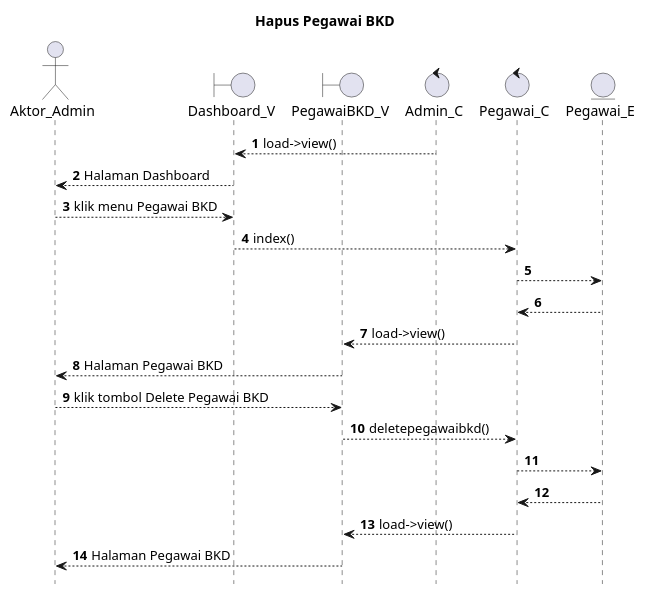
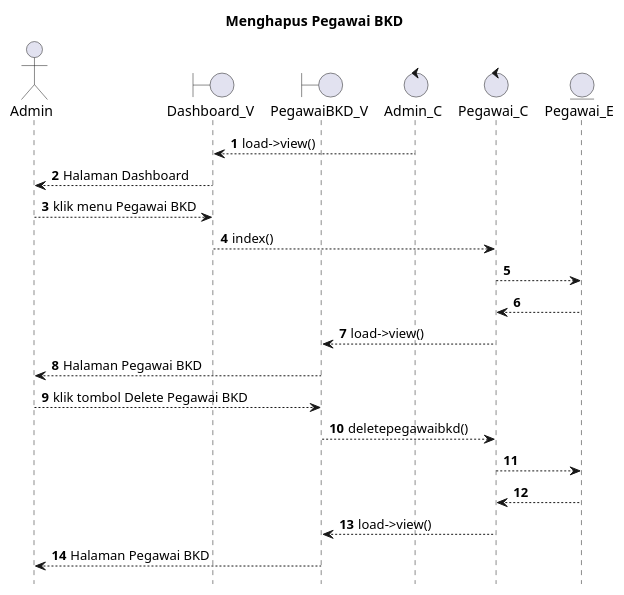
One commit to kurniado729/sistem_kp changed the diagram in SELAIN SISTEM/UML/SEQUENCE/admin/DeletePegawaiBKD.puml. Above: the diagram before and after it, drawn with PlantUML. The commit also changed 31 other files, not shown here.

Commit message:
masukkan sequence di laporan

```diff
--- a/SELAIN SISTEM/UML/SEQUENCE/admin/DeletePegawaiBKD.puml
+++ b/SELAIN SISTEM/UML/SEQUENCE/admin/DeletePegawaiBKD.puml
@@ -1,32 +1,32 @@
 @startuml
 
 autonumber
 hide footbox
-title Hapus Pegawai BKD
+title Menghapus Pegawai BKD
 
-Actor Aktor_Admin
+Actor Admin
 boundary Dashboard_V
 boundary PegawaiBKD_V
 control Admin_C
 control Pegawai_C
 Entity Pegawai_E
 
 Admin_C --> Dashboard_V: load->view()
-Dashboard_V --> Aktor_Admin: Halaman Dashboard
-Aktor_Admin --> Dashboard_V: klik menu Pegawai BKD
+Dashboard_V --> Admin: Halaman Dashboard
+Admin --> Dashboard_V: klik menu Pegawai BKD
 Dashboard_V --> Pegawai_C: index()
 Pegawai_C --> Pegawai_E:
     
     Pegawai_E --> Pegawai_C:
     Pegawai_C --> PegawaiBKD_V: load->view()
-    PegawaiBKD_V --> Aktor_Admin: Halaman Pegawai BKD
+    PegawaiBKD_V --> Admin: Halaman Pegawai BKD
 
-Aktor_Admin --> PegawaiBKD_V: klik tombol Delete Pegawai BKD
+Admin --> PegawaiBKD_V: klik tombol Delete Pegawai BKD
 PegawaiBKD_V --> Pegawai_C: deletepegawaibkd()
 Pegawai_C --> Pegawai_E:
    
     Pegawai_E --> Pegawai_C:
     Pegawai_C --> PegawaiBKD_V: load->view()
-    PegawaiBKD_V --> Aktor_Admin: Halaman Pegawai BKD
+    PegawaiBKD_V --> Admin: Halaman Pegawai BKD
 
 @enduml
```
